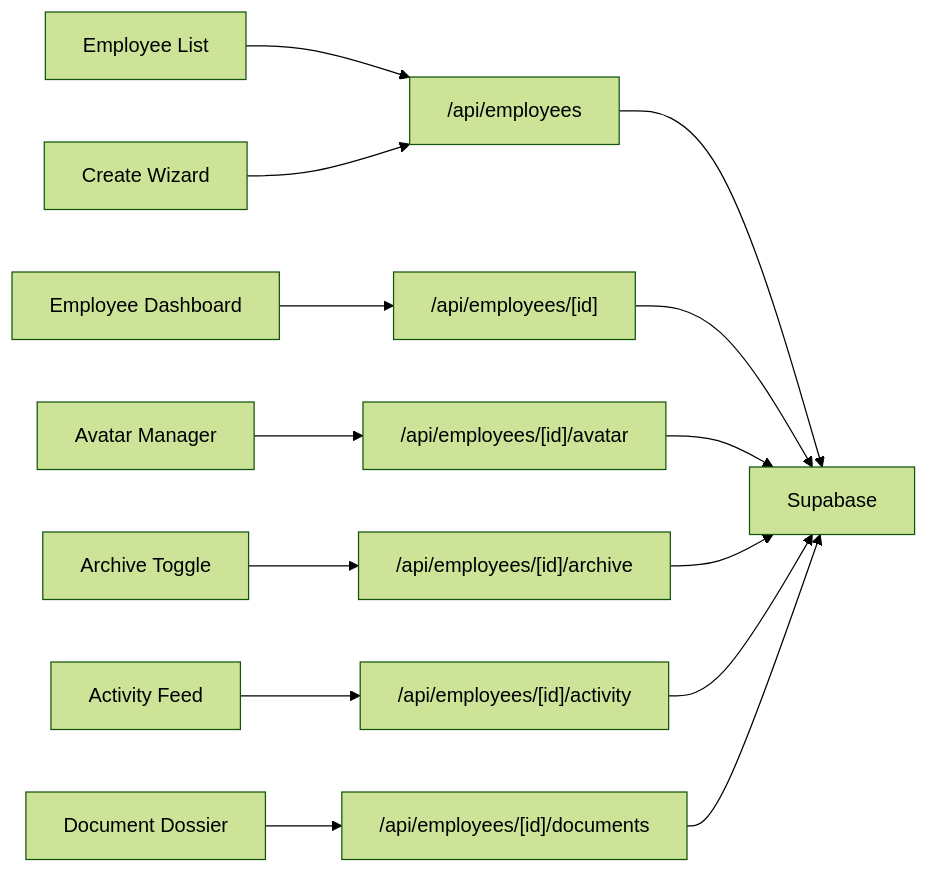
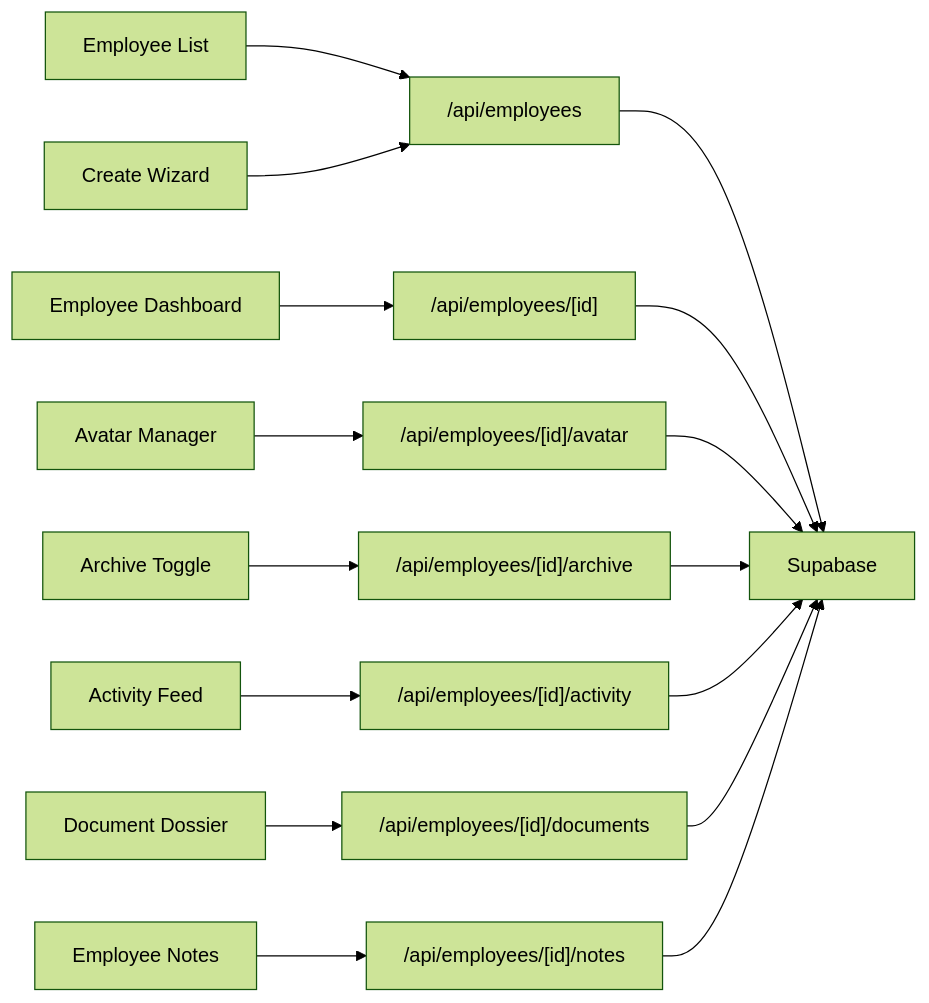
Before and after one commit to EdwinCycling/LiquidHR: the third of 3 diagrams in .qoder/repowiki/en/content/Core HR Module/Employee Management.md, drawn with Mermaid (forest theme). The commit also changed other lines of this file and 26 other files, not shown here.

````diff
--- a/.qoder/repowiki/en/content/Core HR Module/Employee Management.md
+++ b/.qoder/repowiki/en/content/Core HR Module/Employee Management.md
@@ -311,16 +370,18 @@
 ```mermaid
 graph LR
 EL["Employee List"] --> EAPI["/api/employees"]
 CW["Create Wizard"] --> EAPI
 ED["Employee Dashboard"] --> EID["/api/employees/[id]"]
 AV["Avatar Manager"] --> AVAPI["/api/employees/[id]/avatar"]
 AT["Archive Toggle"] --> ARC["/api/employees/[id]/archive"]
 AF["Activity Feed"] --> ACT["/api/employees/[id]/activity"]
 DD["Document Dossier"] --> DOC["/api/employees/[id]/documents"]
+EN["Employee Notes"] --> NOTES["/api/employees/[id]/notes"]
 EAPI --> DB["Supabase"]
 EID --> DB
 AVAPI --> DB
 ARC --> DB
 ACT --> DB
 DOC --> DB
+NOTES --> DB
 ```
````
